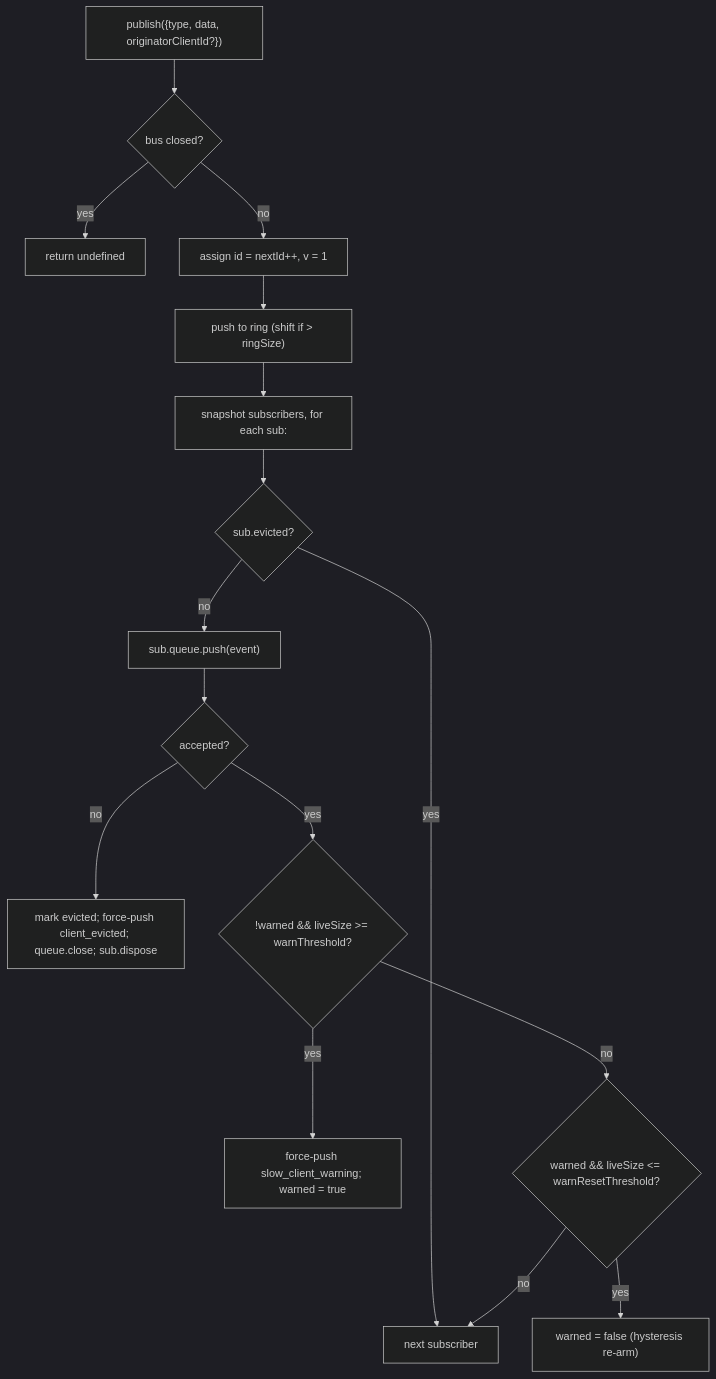
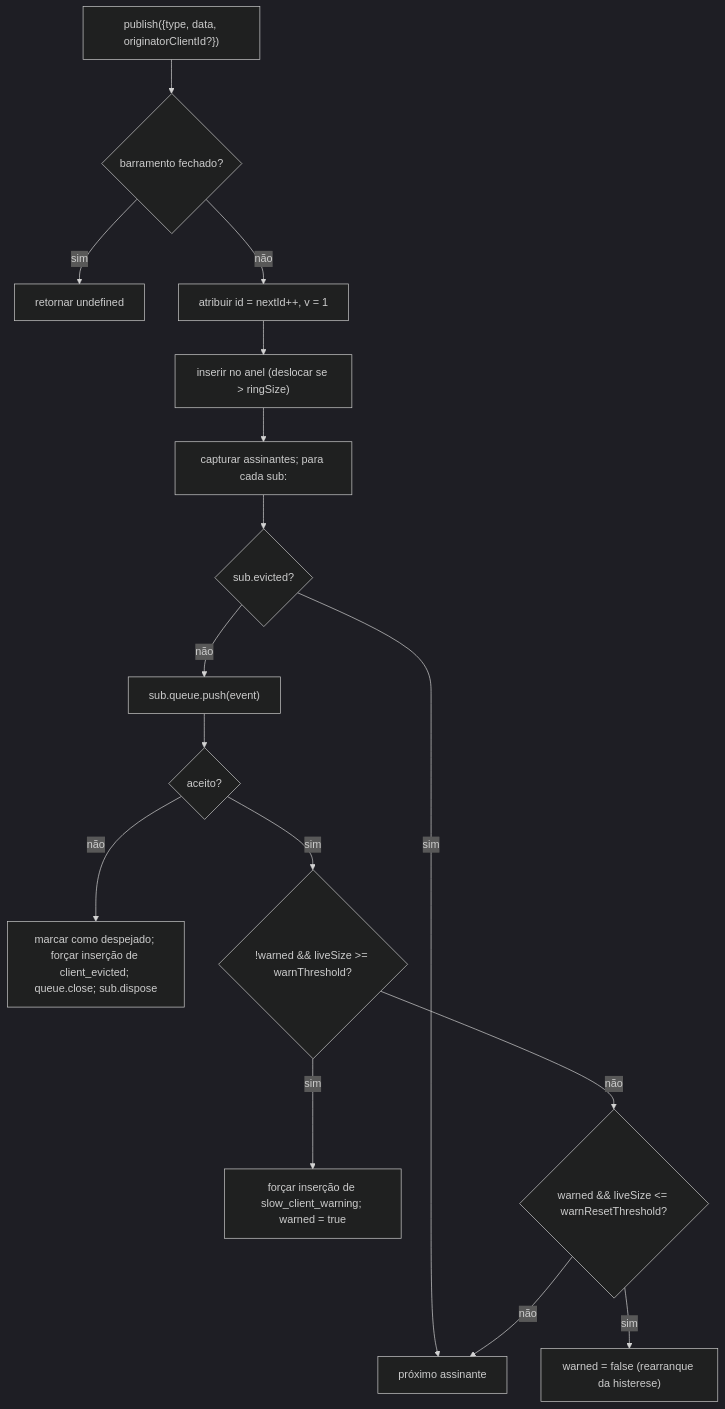
One commit to QwenLM/qwen-code-docs changed the first of 2 diagrams in website/content/pt-BR/developers/daemon/10-event-bus.md. Above: the diagram before and after it, drawn with Mermaid (dark theme). The commit also changed other lines of this file and 1077 other files, not shown here.

````diff
--- a/website/content/pt-BR/developers/daemon/10-event-bus.md
+++ b/website/content/pt-BR/developers/daemon/10-event-bus.md
@@ -68,18 +69,18 @@
 ```mermaid
 flowchart TD
-    P["publish({type, data, originatorClientId?})"] --> C{"bus closed?"}
-    C -->|yes| RU["return undefined"]
-    C -->|no| AID["assign id = nextId++, v = 1"]
-    AID --> PR["push to ring (shift if > ringSize)"]
-    PR --> FAN["snapshot subscribers, for each sub:"]
+    P["publish({type, data, originatorClientId?})"] --> C{"barramento fechado?"}
+    C -->|sim| RU["retornar undefined"]
+    C -->|não| AID["atribuir id = nextId++, v = 1"]
+    AID --> PR["inserir no anel (deslocar se > ringSize)"]
+    PR --> FAN["capturar assinantes; para cada sub:"]
     FAN --> EVCK{"sub.evicted?"}
-    EVCK -->|yes| NEXT[next subscriber]
-    EVCK -->|no| PUSH["sub.queue.push(event)"]
-    PUSH --> OK{"accepted?"}
-    OK -->|no| EVICT["mark evicted; force-push client_evicted; queue.close; sub.dispose"]
-    OK -->|yes| WARN{"!warned && liveSize >= warnThreshold?"}
-    WARN -->|yes| FW["force-push slow_client_warning; warned = true"]
-    WARN -->|no| RES{"warned && liveSize <= warnResetThreshold?"}
-    RES -->|yes| RA["warned = false (hysteresis re-arm)"]
-    RES -->|no| NEXT
+    EVCK -->|sim| NEXT[próximo assinante]
+    EVCK -->|não| PUSH["sub.queue.push(event)"]
+    PUSH --> OK{"aceito?"}
+    OK -->|não| EVICT["marcar como despejado; forçar inserção de client_evicted; queue.close; sub.dispose"]
+    OK -->|sim| WARN{"!warned && liveSize >= warnThreshold?"}
+    WARN -->|sim| FW["forçar inserção de slow_client_warning; warned = true"]
+    WARN -->|não| RES{"warned && liveSize <= warnResetThreshold?"}
+    RES -->|sim| RA["warned = false (rearranque da histerese)"]
+    RES -->|não| NEXT
 ```
````
